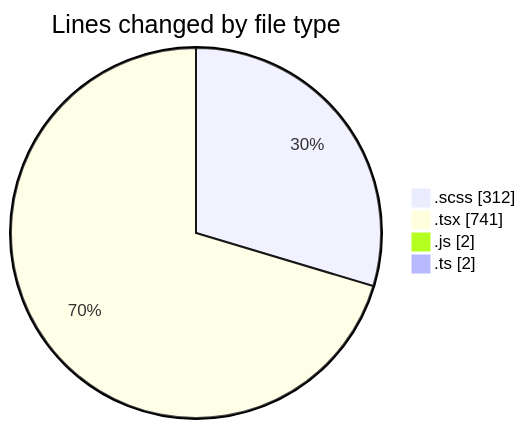
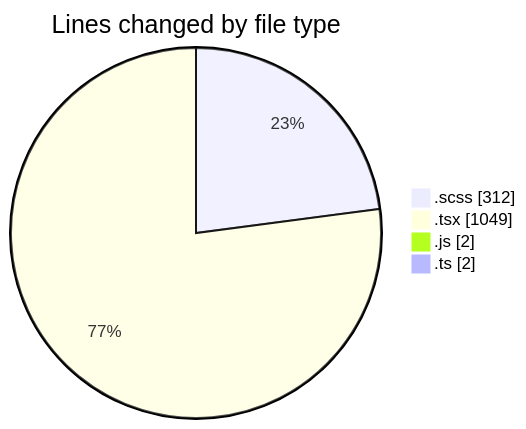
Before and after one commit to momahboobian/code-tracking: the first of 2 diagrams in 2026-08-10/cda/README.md, drawn with Mermaid. The commit also changed other lines of this file and 1 other file, not shown here.

````diff
--- a/2026-08-10/cda/README.md
+++ b/2026-08-10/cda/README.md
@@ -28,8 +28,8 @@
 ```mermaid
 pie showData
 title Lines changed by file type
 ".scss" : 312
-".tsx" : 741
+".tsx" : 1049
 ".js" : 2
 ".ts" : 2
 ```
````
